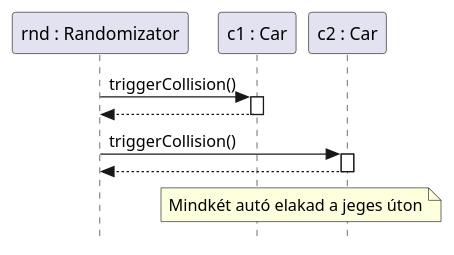
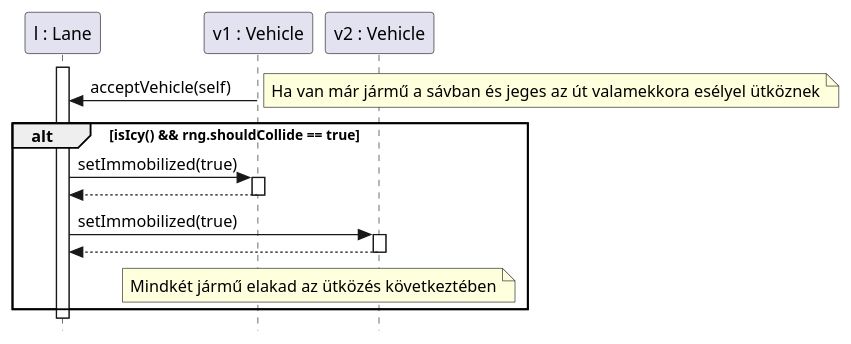
Before and after one commit to toth-andor/UneNotteANapoli: the diagram in docs/diagrams/13UC.puml, drawn with PlantUML. The commit also changed 25 other files, not shown here.

Commit message:
update sequence diagrams

```diff
--- a/docs/diagrams/13UC.puml
+++ b/docs/diagrams/13UC.puml
@@ -1,18 +1,26 @@
 @startuml
 skinparam style strictuml
 
-participant "rnd : Randomizator" as R
-participant "c1 : Car" as C1
-participant "c2 : Car" as C2
+participant "l : Lane" as L
+participant "v1 : Vehicle" as V1
+participant "v2 : Vehicle" as V2
 
-R -> C1 : triggerCollision()
-activate C1
-C1 --> R
-deactivate C1
+activate L
+V1 -> L: acceptVehicle(self)
+note right: Ha van már jármű a sávban és jeges az út valamekkora esélyel ütköznek
 
-R -> C2 : triggerCollision()
-activate C2
-C2 --> R
-deactivate C2
-note over C1, C2: Mindkét autó elakad a jeges úton
+alt isIcy() && rng.shouldCollide == true
+
+    L -> V1 : setImmobilized(true)
+    activate V1
+    V1 --> L
+    deactivate V1
+
+    L -> V2 : setImmobilized(true)
+    activate V2
+    V2 --> L
+    deactivate V2
+    note over V1, V2: Mindkét jármű elakad az ütközés következtében
+end
+deactivate L
 @enduml
```
